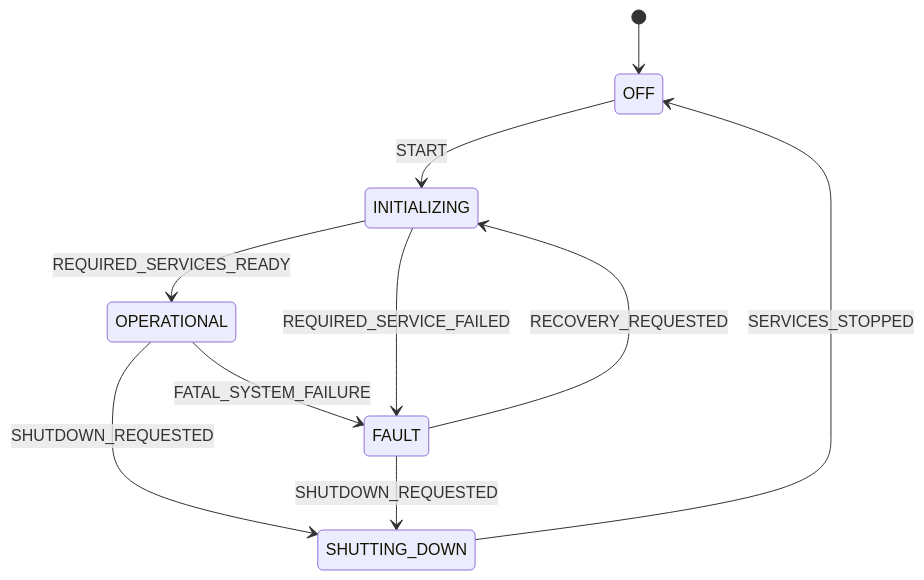
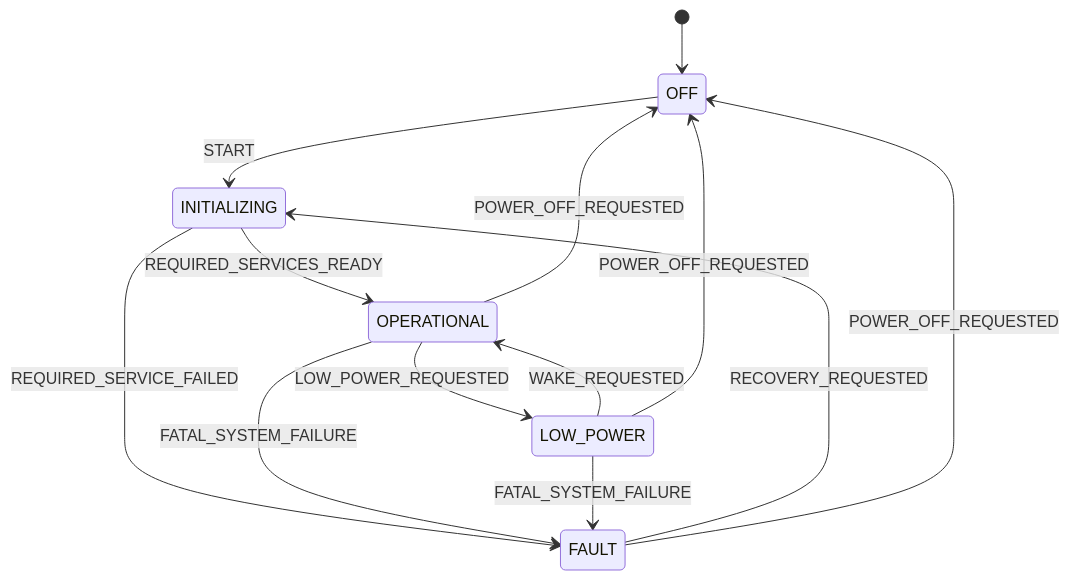
One commit to Matheus-Cavalcanti/tiresias-soak-test changed the second of 6 diagrams in docs/architecture/control-plane.md. Above: the diagram before and after it, drawn with Mermaid. The commit also changed other lines of this file and 1 other file, not shown here.

````diff
--- a/docs/architecture/control-plane.md
+++ b/docs/architecture/control-plane.md
@@ -93,14 +93,18 @@
 ```mermaid
 stateDiagram-v2
     [*] --> OFF
     OFF --> INITIALIZING: START
     INITIALIZING --> OPERATIONAL: REQUIRED_SERVICES_READY
     INITIALIZING --> FAULT: REQUIRED_SERVICE_FAILED
 
-    OPERATIONAL --> SHUTTING_DOWN: SHUTDOWN_REQUESTED
-    SHUTTING_DOWN --> OFF: SERVICES_STOPPED
+    OPERATIONAL --> LOW_POWER: LOW_POWER_REQUESTED
+    LOW_POWER --> OPERATIONAL: WAKE_REQUESTED
+
+    OPERATIONAL --> OFF: POWER_OFF_REQUESTED
+    LOW_POWER --> OFF: POWER_OFF_REQUESTED
 
     OPERATIONAL --> FAULT: FATAL_SYSTEM_FAILURE
+    LOW_POWER --> FAULT: FATAL_SYSTEM_FAILURE
     FAULT --> INITIALIZING: RECOVERY_REQUESTED
-    FAULT --> SHUTTING_DOWN: SHUTDOWN_REQUESTED
+    FAULT --> OFF: POWER_OFF_REQUESTED
 ```
````
